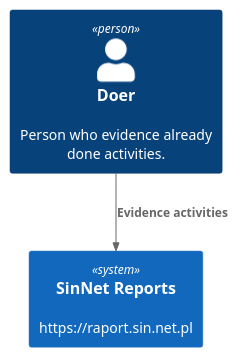
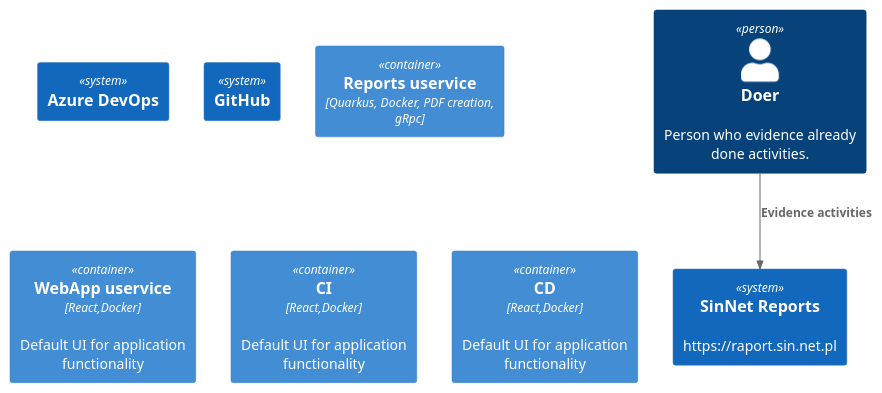
The diagram in .docs/C1.puml (onlexnet/sin-net-reports), drawn with PlantUML before and after one commit. The commit also changed other lines of this file, not shown here.

Commit message:
Some UML

```diff
--- a/.docs/C1.puml
+++ b/.docs/C1.puml
@@ -1,12 +1,17 @@
 @startuml C4_Elements
 !include https://raw.githubusercontent.com/plantuml-stdlib/C4-PlantUML/master/C4_Container.puml
 
 Person(doerAlias, "Doer", "Person who evidence already done activities.")
 System(systemAlias, "SinNet Reports", "https://raport.sin.net.pl")
+System(devopsAlias, "Azure DevOps")
+System(githubAlias, "GitHub")
 Rel(doerAlias, systemAlias, "Evidence activities")
 
-' Container(containerAlias, "Label", "Technology", "Optional Description")
-' Container(WebApp, "WebApp", "React,Docker", "Default UI for application functionality")
+Container(ReportContainer, "Reports uservice", "Quarkus, Docker, PDF creation, gRpc")
+Container(WebAppContainer, "WebApp uservice", "React,Docker", "Default UI for application functionality")
+Container(DevOpsCI, "CI", "React,Docker", "Default UI for application functionality")
+Container(DevOpsCD, "CD", "React,Docker", "Default UI for application functionality")
+
 
 
 @enduml
```
